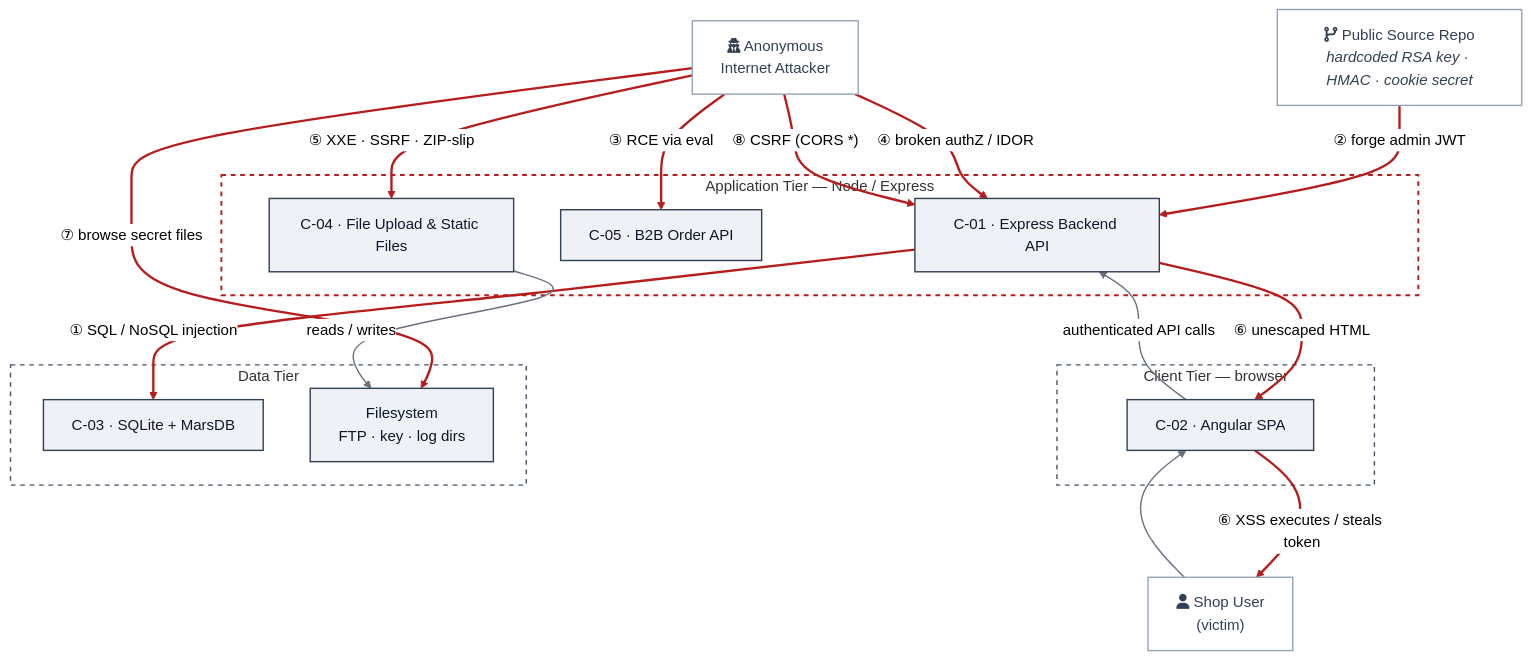
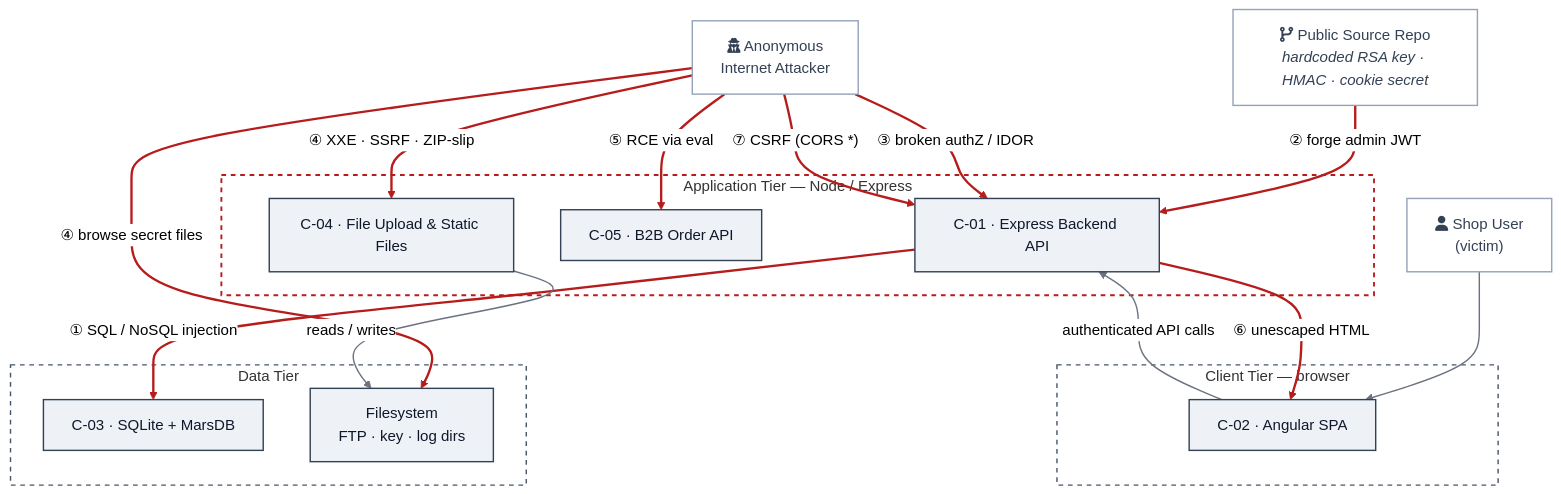
Before and after one commit to appsec-foundry/appsec-advisor: the first of 2 diagrams in docs/analysis-top-threats-merge.md, drawn with Mermaid (neutral theme). The commit also changed other lines of this file and 52 other files, not shown here.

````diff
--- a/docs/analysis-top-threats-merge.md
+++ b/docs/analysis-top-threats-merge.md
@@ -128,40 +134,39 @@
 ```mermaid
 flowchart TB
     ANON["fa:fa-user-secret Anonymous<br/>Internet Attacker"]:::ext
     USER["fa:fa-user Shop User<br/>(victim)"]:::ext
     REPO["fa:fa-code-branch Public Source Repo<br/><i>hardcoded RSA key · HMAC · cookie secret</i>"]:::ext
 
     subgraph CLIENT["Client Tier — browser"]
         SPA["C-02 · Angular SPA"]:::comp
     end
     subgraph APP["Application Tier — Node / Express"]
         API["C-01 · Express Backend API"]:::comp
         B2B["C-05 · B2B Order API"]:::comp
         UP["C-04 · File Upload &amp; Static Files"]:::comp
     end
     subgraph DATA["Data Tier"]
         DB["C-03 · SQLite + MarsDB"]:::comp
         FS["Filesystem<br/>FTP · key · log dirs"]:::comp
     end
 
     USER --> SPA
     SPA -->|authenticated API calls| API
     REPO ==>|"② forge admin JWT"| API
-    ANON ==>|"③ RCE via eval"| B2B
-    ANON ==>|"④ broken authZ / IDOR"| API
-    ANON ==>|"⑤ XXE · SSRF · ZIP-slip"| UP
-    ANON ==>|"⑦ browse secret files"| FS
-    ANON ==>|"⑧ CSRF (CORS *)"| API
+    ANON ==>|"③ broken authZ / IDOR"| API
+    ANON ==>|"⑤ RCE via eval"| B2B
+    ANON ==>|"④ XXE · SSRF · ZIP-slip"| UP
+    ANON ==>|"④ browse secret files"| FS
+    ANON ==>|"⑦ CSRF (CORS *)"| API
     API ==>|"① SQL / NoSQL injection"| DB
     API ==>|"⑥ unescaped HTML"| SPA
-    SPA ==>|"⑥ XSS executes / steals token"| USER
     UP -->|reads / writes| FS
 
     style CLIENT fill:none,stroke:#475569,stroke-width:1.5px,stroke-dasharray:5
     style APP fill:none,stroke:#b71c1c,stroke-width:2px,stroke-dasharray:5
     style DATA fill:none,stroke:#475569,stroke-width:1.5px,stroke-dasharray:5
     classDef comp fill:#eef2f7,stroke:#334155,color:#0f172a,stroke-width:1.5px
     classDef ext  fill:#ffffff,stroke:#94a3b8,color:#334155,stroke-width:1.5px
-    linkStyle 0,1,11 stroke:#6b7280,stroke-width:1.5px
-    linkStyle 2,3,4,5,6,7,8,9,10 stroke:#b71c1c,stroke-width:2.5px
+    linkStyle 0,1,10 stroke:#6b7280,stroke-width:1.5px
+    linkStyle 2,3,4,5,6,7,8,9 stroke:#b71c1c,stroke-width:2.5px
 ```
````
